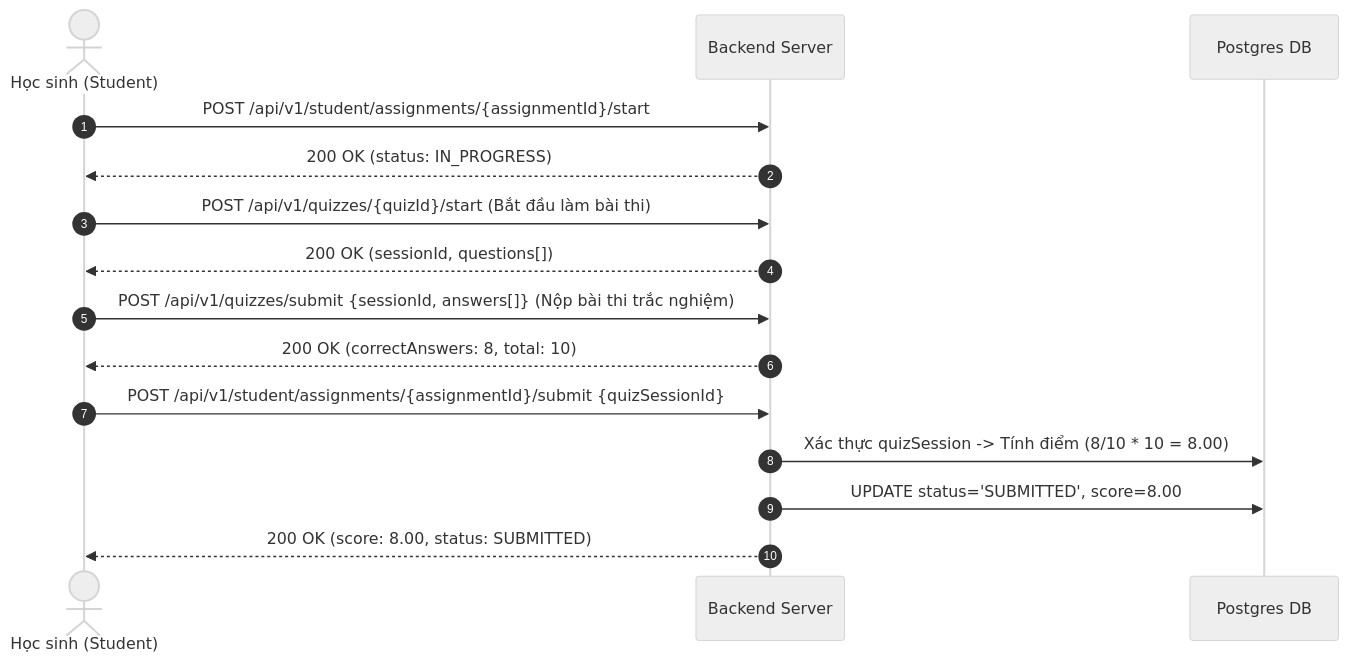
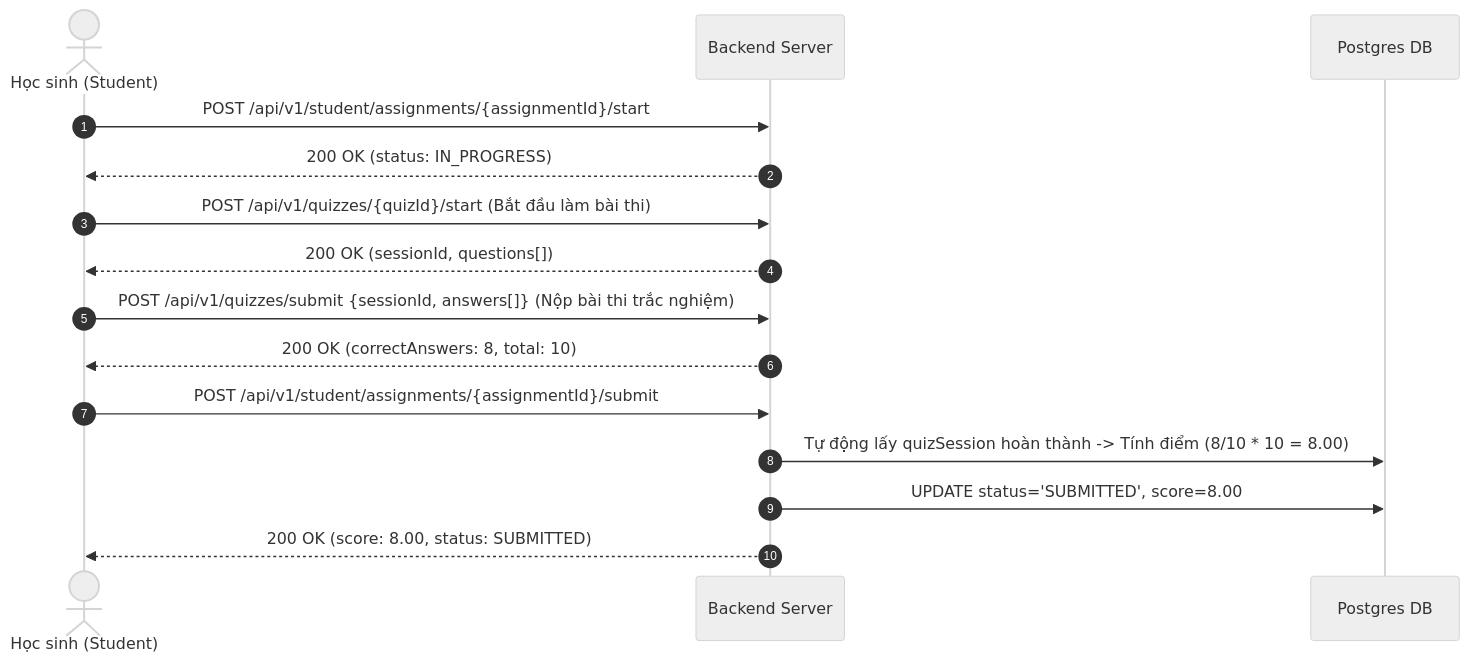
Before and after one commit to DinhTQSE/Capstone_FinalProject_HistoryTalk: the third of 5 diagrams in docs/sprints/sprint_6/business_flows/assignment_end_to_end_test_flows.md, drawn with Mermaid (neutral theme). The commit also changed other lines of this file and 16 other files, not shown here.

````diff
--- a/docs/sprints/sprint_6/business_flows/assignment_end_to_end_test_flows.md
+++ b/docs/sprints/sprint_6/business_flows/assignment_end_to_end_test_flows.md
@@ -159,21 +159,21 @@
 ```mermaid
 sequenceDiagram
     autonumber
     actor S as Học sinh (Student)
     participant BE as Backend Server
     participant DB as Postgres DB
 
     S->>BE: POST /api/v1/student/assignments/{assignmentId}/start
     BE-->>S: 200 OK (status: IN_PROGRESS)
 
     S->>BE: POST /api/v1/quizzes/{quizId}/start (Bắt đầu làm bài thi)
     BE-->>S: 200 OK (sessionId, questions[])
 
     S->>BE: POST /api/v1/quizzes/submit {sessionId, answers[]} (Nộp bài thi trắc nghiệm)
     BE-->>S: 200 OK (correctAnswers: 8, total: 10)
 
-    S->>BE: POST /api/v1/student/assignments/{assignmentId}/submit {quizSessionId}
-    BE->>DB: Xác thực quizSession -> Tính điểm (8/10 * 10 = 8.00)
+    S->>BE: POST /api/v1/student/assignments/{assignmentId}/submit
+    BE->>DB: Tự động lấy quizSession hoàn thành -> Tính điểm (8/10 * 10 = 8.00)
     BE->>DB: UPDATE status='SUBMITTED', score=8.00
     BE-->>S: 200 OK (score: 8.00, status: SUBMITTED)
 ```
````
